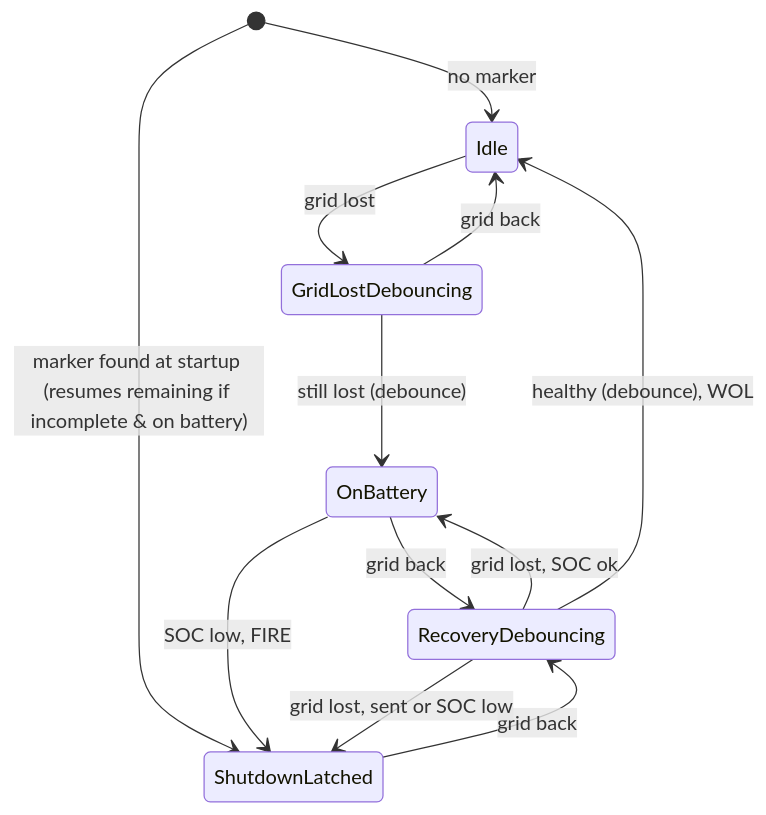
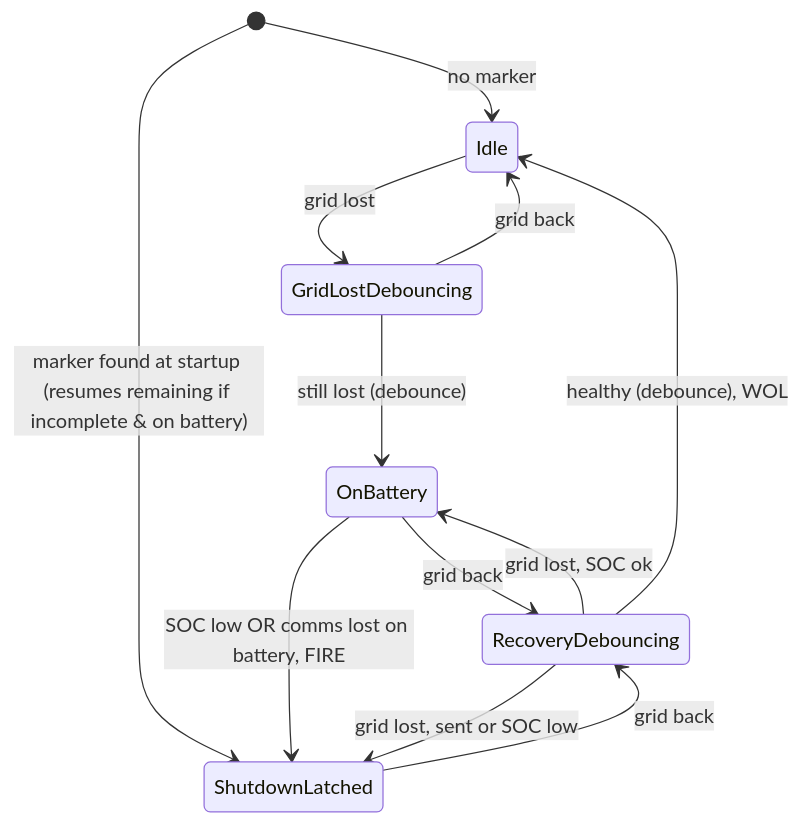
One commit to dimon757/modbus-ups-nut changed the third of 3 diagrams in README.md. Above: the diagram before and after it, drawn with Mermaid. The commit also changed other lines of this file and 15 other files, not shown here.

Commit message:
Add comms loss fail-safe on battery, Windows error 1190 handling, and full Level 2 test suite

````diff
--- a/README.md
+++ b/README.md
@@ -102,14 +107,14 @@
 ```mermaid
 stateDiagram-v2
     [*] --> Idle : no marker
     [*] --> ShutdownLatched : marker found at startup (resumes remaining if incomplete & on battery)
     Idle --> GridLostDebouncing : grid lost
     GridLostDebouncing --> Idle : grid back
     GridLostDebouncing --> OnBattery : still lost (debounce)
     OnBattery --> RecoveryDebouncing : grid back
-    OnBattery --> ShutdownLatched : SOC low, FIRE
+    OnBattery --> ShutdownLatched : SOC low OR comms lost on battery, FIRE
     ShutdownLatched --> RecoveryDebouncing : grid back
     RecoveryDebouncing --> ShutdownLatched : grid lost, sent or SOC low
     RecoveryDebouncing --> OnBattery : grid lost, SOC ok
     RecoveryDebouncing --> Idle : healthy (debounce), WOL
 ```
````
